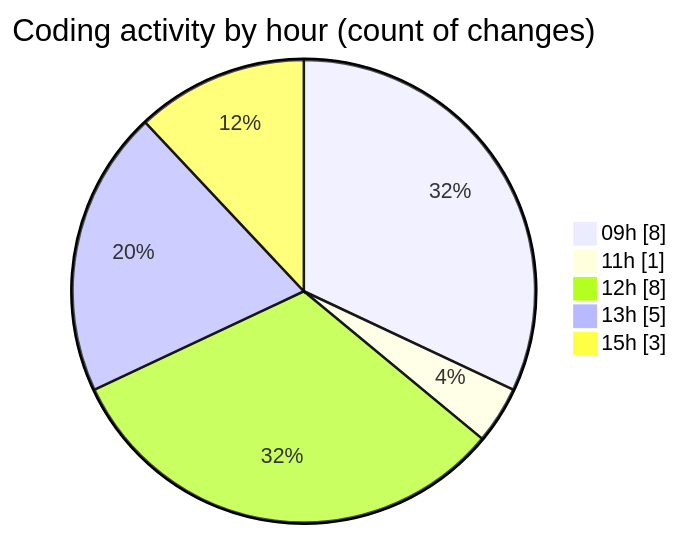
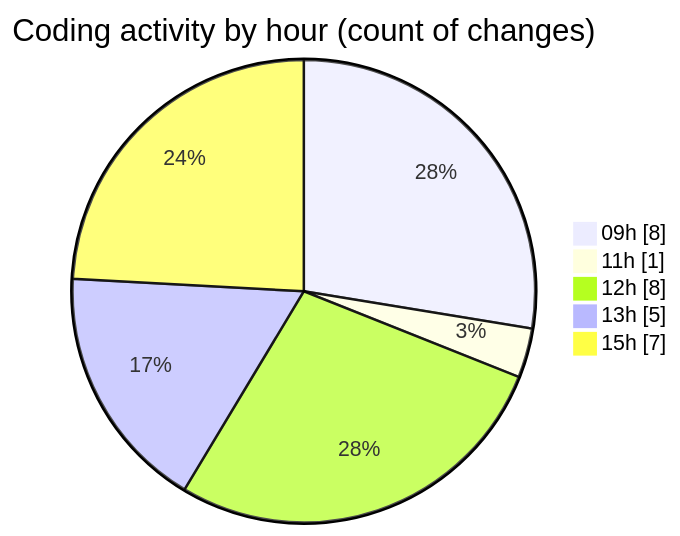
One commit to ricardozamudiocil/code-tracking changed the second of 2 diagrams in 2026-06-16/cilapp/README.md. Above: the diagram before and after it, drawn with Mermaid. The commit also changed other lines of this file and 1 other file, not shown here.

````diff
--- a/2026-06-16/cilapp/README.md
+++ b/2026-06-16/cilapp/README.md
@@ -35,9 +35,9 @@
 ```mermaid
 pie showData
 title Coding activity by hour (count of changes)
 "09h" : 8
 "11h" : 1
 "12h" : 8
 "13h" : 5
-"15h" : 3
+"15h" : 7
 ```
````
